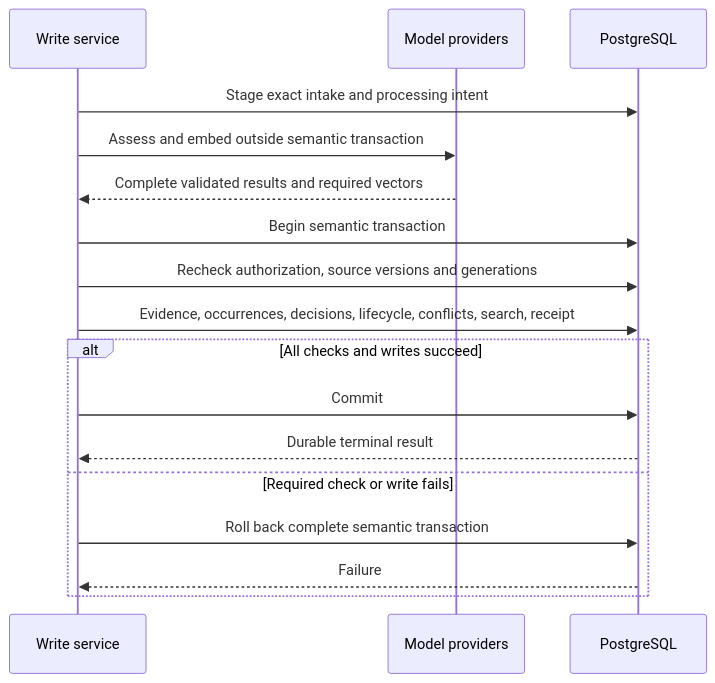
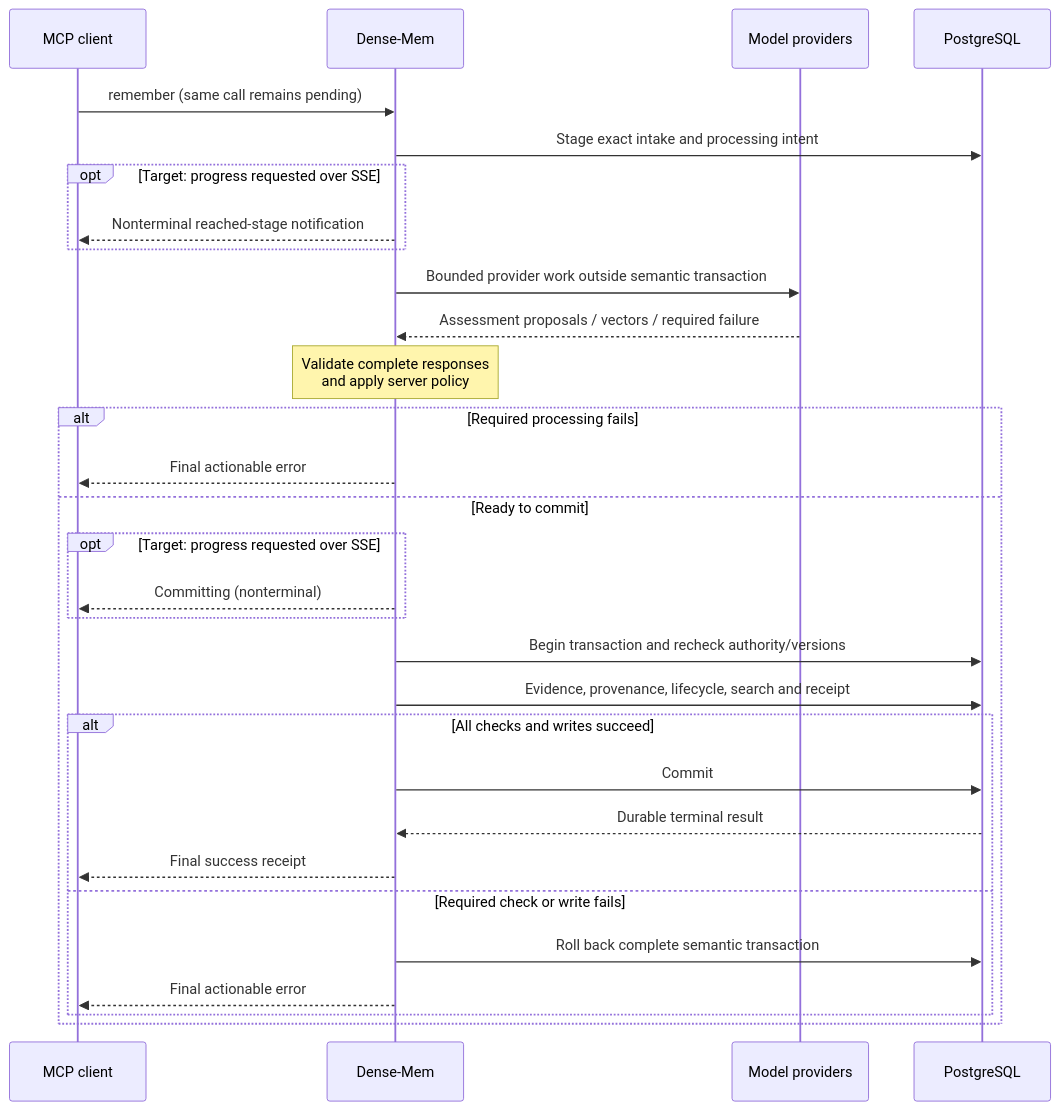
The second of 3 diagrams in Write-Pipeline.md (markhuangai/dense-mem), drawn with Mermaid before and after one commit. The commit also changed other lines of this file and 5 other files, not shown here.

Commit message:
docs: define synchronous Remember progress target

````diff
--- a/Write-Pipeline.md
+++ b/Write-Pipeline.md
@@ -47,20 +49,33 @@
 ```mermaid
 %%{init: {"sequence": {"rightAngles": true}}}%%
 sequenceDiagram
-  participant App as Write service
+  participant Host as MCP client
+  participant App as Dense-Mem
   participant AI as Model providers
   participant PG as PostgreSQL
+  Host->>App: remember (same call remains pending)
   App->>PG: Stage exact intake and processing intent
-  App->>AI: Assess and embed outside semantic transaction
-  AI-->>App: Complete validated results and required vectors
-  App->>PG: Begin semantic transaction
-  App->>PG: Recheck authorization, source versions and generations
-  App->>PG: Evidence, occurrences, decisions, lifecycle, conflicts, search, receipt
-  alt All checks and writes succeed
-    App->>PG: Commit
-    PG-->>App: Durable terminal result
-  else Required check or write fails
-    App->>PG: Roll back complete semantic transaction
-    PG-->>App: Failure
+  opt Target: progress requested over SSE
+    App-->>Host: Nonterminal reached-stage notification
+  end
+  App->>AI: Bounded provider work outside semantic transaction
+  AI-->>App: Assessment proposals / vectors / required failure
+  Note over App: Validate complete responses<br/>and apply server policy
+  alt Required processing fails
+    App-->>Host: Final actionable error
+  else Ready to commit
+    opt Target: progress requested over SSE
+      App-->>Host: Committing (nonterminal)
+    end
+    App->>PG: Begin transaction and recheck authority/versions
+    App->>PG: Evidence, provenance, lifecycle, search and receipt
+    alt All checks and writes succeed
+      App->>PG: Commit
+      PG-->>App: Durable terminal result
+      App-->>Host: Final success receipt
+    else Required check or write fails
+      App->>PG: Roll back complete semantic transaction
+      App-->>Host: Final actionable error
+    end
   end
 ```
````
